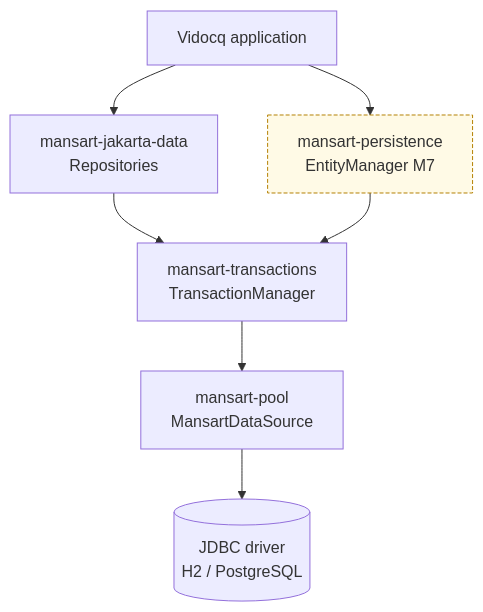
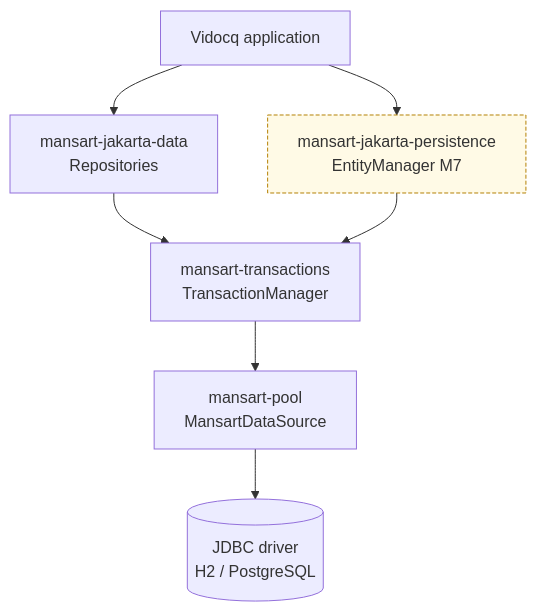
Before and after one commit to vidocq-stack/mansart: the first of 2 diagrams in docs/en/modules/ROOT/pages/index.adoc, drawn with Mermaid. The commit also changed other lines of this file and 51 other files, not shown here.

```diff
--- a/docs/en/modules/ROOT/pages/index.adoc
+++ b/docs/en/modules/ROOT/pages/index.adoc
@@ -72,13 +72,13 @@
 [mermaid]
 ....
 flowchart TB
     APP[Vidocq application] --> DATA[mansart-jakarta-data<br/>Repositories]
-    APP --> JPA[mansart-persistence<br/>EntityManager M7]
+    APP --> JPA[mansart-jakarta-persistence<br/>EntityManager M7]
     DATA --> TX[mansart-transactions<br/>TransactionManager]
     JPA --> TX
     TX --> POOL[mansart-pool<br/>MansartDataSource]
     POOL --> JDBC[(JDBC driver<br/>H2 / PostgreSQL)]
 
     classDef wait fill:#fffae6,stroke:#b58105,stroke-dasharray: 4 2;
     class JPA wait;
 ....
```
